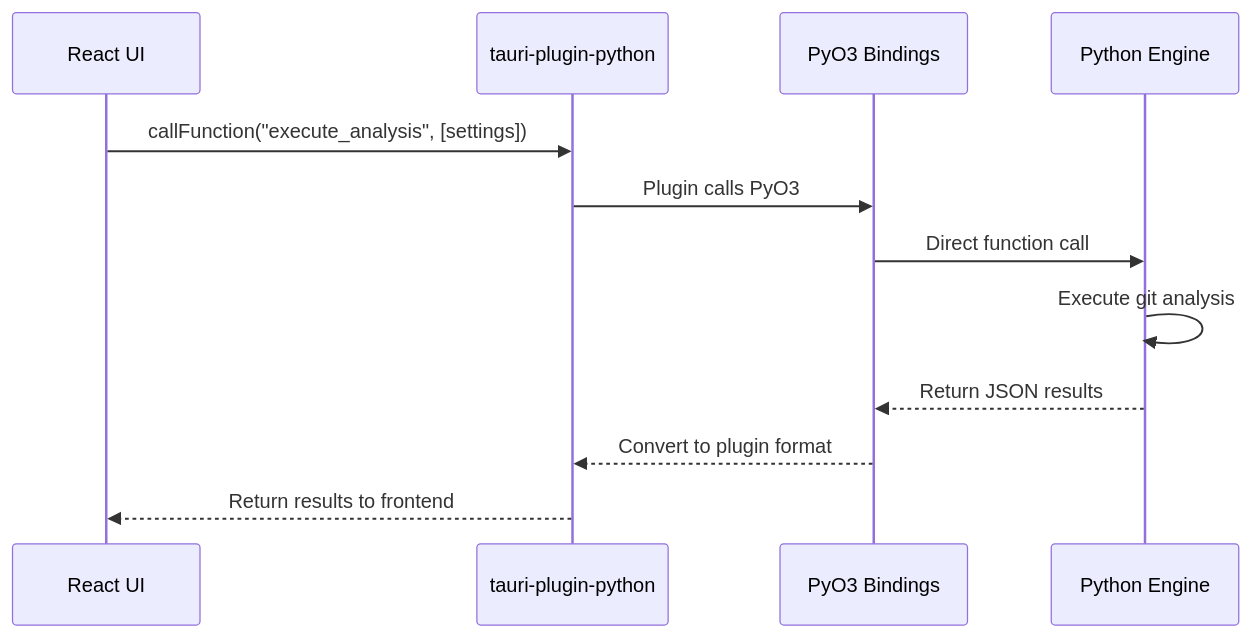
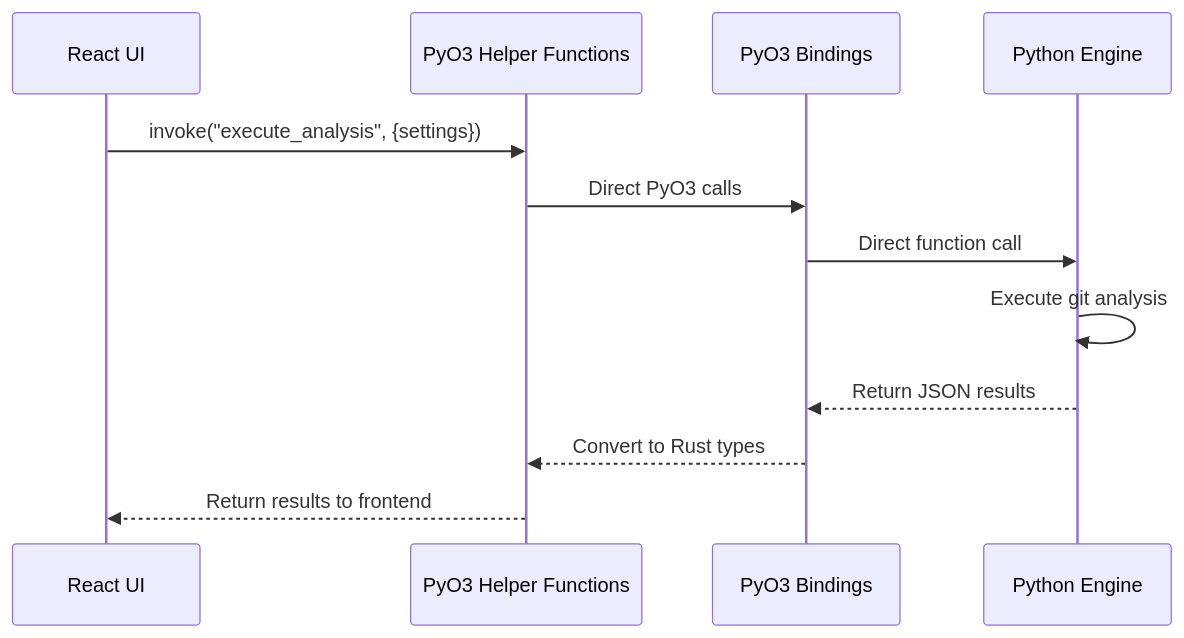
One commit to boost-edu-tools/gitinspectorgui changed the second of 2 diagrams in docs/technology-primer.md. Above: the diagram before and after it, drawn with Mermaid. The commit also changed other lines of this file and 19 other files, not shown here.

First line of the commit message:
docs: update architecture from raw PyO3 to simplified helper functions

````diff
--- a/docs/technology-primer.md
+++ b/docs/technology-primer.md
@@ -236,15 +236,15 @@
 ```mermaid
 sequenceDiagram
     participant UI as React UI
-    participant Plugin as tauri-plugin-python
+    participant Helpers as PyO3 Helper Functions
     participant PyO3 as PyO3 Bindings
     participant Python as Python Engine
 
-    UI->>Plugin: callFunction("execute_analysis", [settings])
-    Plugin->>PyO3: Plugin calls PyO3
+    UI->>Helpers: invoke("execute_analysis", {settings})
+    Helpers->>PyO3: Direct PyO3 calls
     PyO3->>Python: Direct function call
     Python->>Python: Execute git analysis
     Python-->>PyO3: Return JSON results
-    PyO3-->>Plugin: Convert to plugin format
-    Plugin-->>UI: Return results to frontend
+    PyO3-->>Helpers: Convert to Rust types
+    Helpers-->>UI: Return results to frontend
 ```
````
